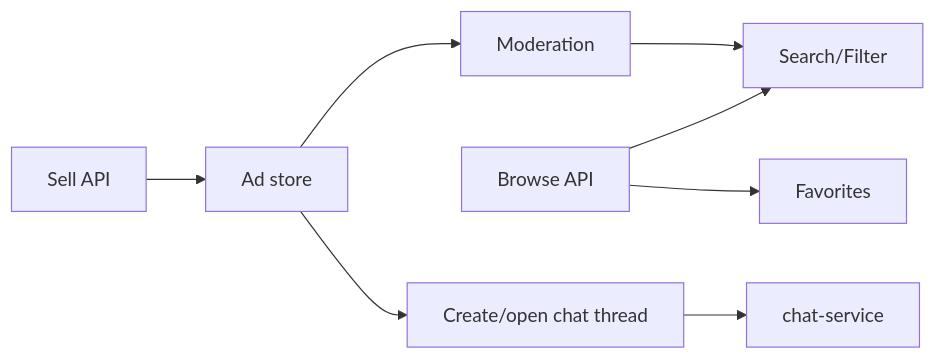
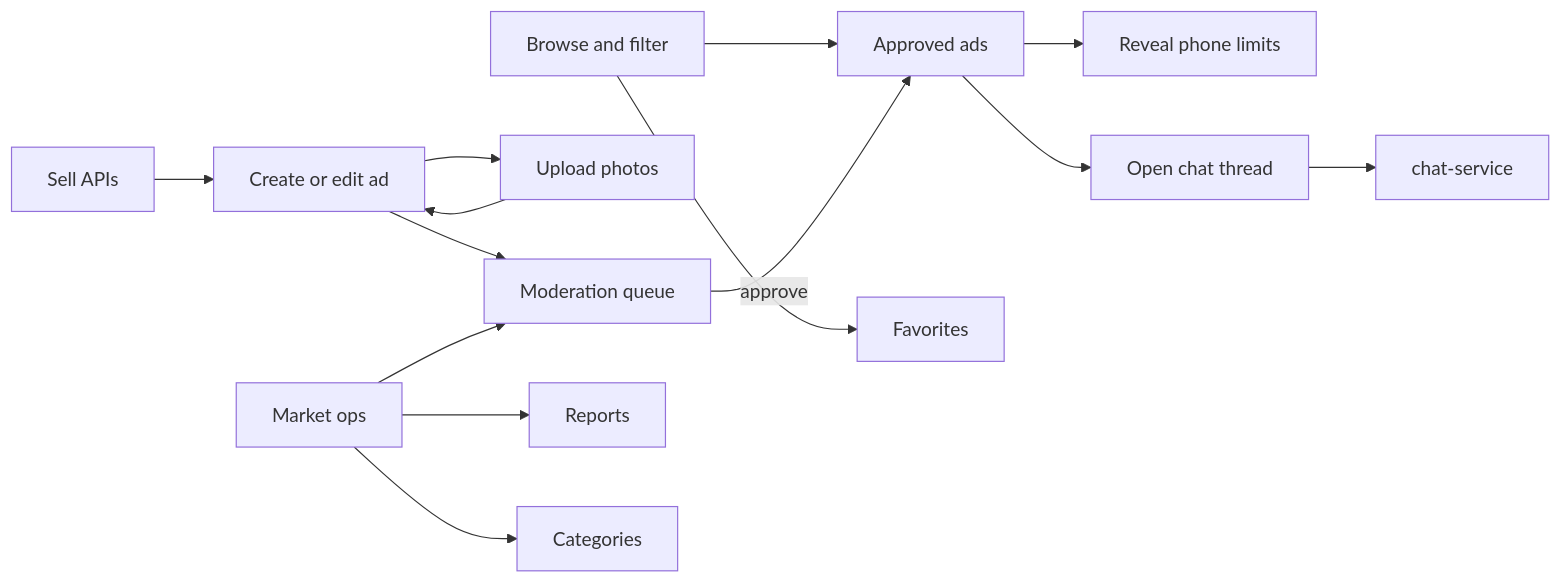
One commit to zewdnehnathan/maekel changed the seventh of 12 diagrams in docs/architecture.md. Above: the diagram before and after it, drawn with Mermaid. The commit also changed other lines of this file and 41 other files, not shown here.

First line of the commit message:
Ship market/events ops fixes and host door check-in.

````diff
--- a/docs/architecture.md
+++ b/docs/architecture.md
@@ -362,10 +276,16 @@
 ```mermaid
 flowchart LR
-  B[Browse API] --> Search[Search/Filter]
-  S[Sell API] --> Ads[Ad store]
-  Ads --> Mod[Moderation]
-  Mod --> Search
-  B --> Fav[Favorites]
-  Ads --> ChatHook[Create/open chat thread]
-  ChatHook --> ChatSvc[chat-service]
+  Browse[Browse and filter] --> Ads[Approved ads]
+  Sell[Sell APIs] --> Draft[Create or edit ad]
+  Draft --> Photos[Upload photos]
+  Photos --> Draft
+  Draft --> Mod[Moderation queue]
+  Mod -->|approve| Ads
+  Browse --> Fav[Favorites]
+  Ads --> Reveal[Reveal phone limits]
+  Ads --> ChatStart[Open chat thread]
+  ChatStart --> ChatSvc[chat-service]
+  OpsMkt[Market ops] --> Mod
+  OpsMkt --> Reports[Reports]
+  OpsMkt --> Cats[Categories]
 ```
````
